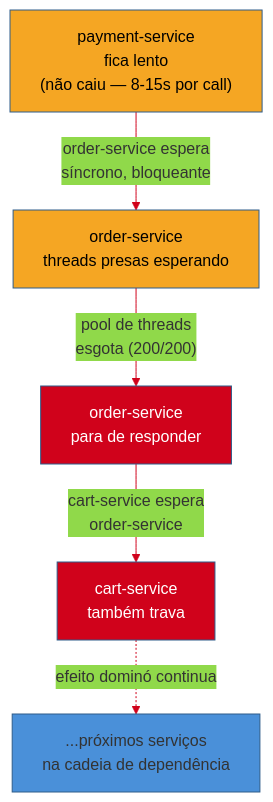
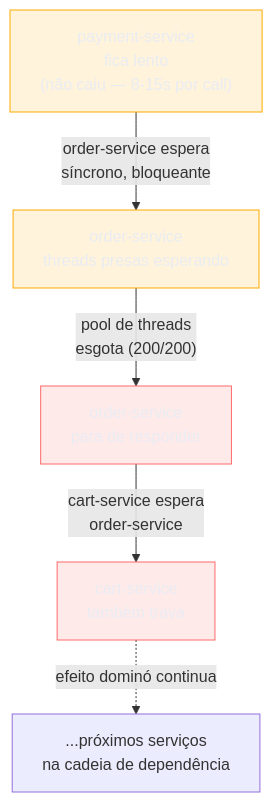
One commit to josenaldo/codex-technomanticus changed the first of 4 diagrams in 03-Dominios/Engenharia/Arquitetura/System Design/3 - Padrões recorrentes/05 - Circuit Breaker e resiliência.md. Above: the diagram before and after it, drawn with Mermaid. The commit also changed other lines of this file and 1181 other files, not shown here.

First line of the commit message:
fix(diagramas): paleta do sistema no lugar de cor cravada no markdown

````diff
--- a/03-Dominios/Engenharia/Arquitetura/System Design/3 - Padrões recorrentes/05 - Circuit Breaker e resiliência.md
+++ b/03-Dominios/Engenharia/Arquitetura/System Design/3 - Padrões recorrentes/05 - Circuit Breaker e resiliência.md
@@ -47,13 +47,14 @@
 ```mermaid
-%%{init: {"theme": "base", "themeVariables": {"primaryColor": "#4A90D9", "primaryBorderColor": "#2E5C8A", "lineColor": "#D0021B"}}}%%
 graph TD
+    classDef destaque fill:#FFAA0024,stroke:#FFAA00,color:#E9ECF2
+    classDef falha fill:#FF6B6B24,stroke:#FF6B6B,color:#E9ECF2
     PS["payment-service<br/>fica lento<br/>(não caiu — 8-15s por call)"] -->|"order-service espera<br/>síncrono, bloqueante"| OS["order-service<br/>threads presas esperando"]
     OS -->|"pool de threads<br/>esgota (200/200)"| OSDOWN["order-service<br/>para de responder"]
     OSDOWN -->|"cart-service espera<br/>order-service"| CS["cart-service<br/>também trava"]
     CS -.->|"efeito dominó continua"| REST["...próximos serviços<br/>na cadeia de dependência"]
 
-    style PS fill:#F5A623,stroke:#2E5C8A,color:#000
-    style OS fill:#F5A623,stroke:#2E5C8A,color:#000
-    style OSDOWN fill:#D0021B,stroke:#2E5C8A,color:#fff
-    style CS fill:#D0021B,stroke:#2E5C8A,color:#fff
+    class PS destaque
+    class OS destaque
+    class OSDOWN falha
+    class CS falha
 ```
````
